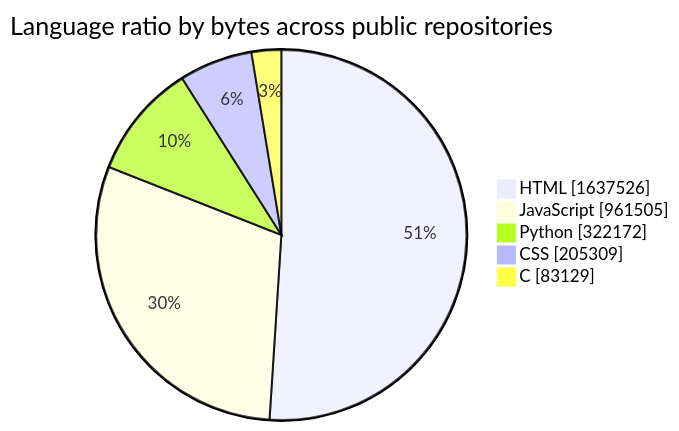
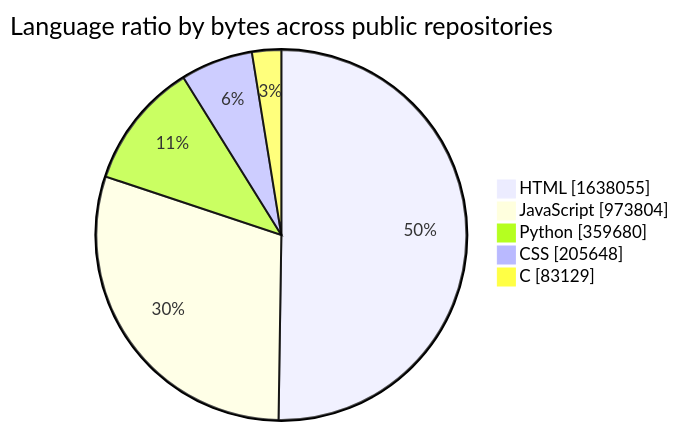
One commit to tchinso/tchinso changed the first of 2 diagrams in README.md. Above: the diagram before and after it, drawn with Mermaid. The commit also changed other lines of this file, not shown here.

````diff
--- a/README.md
+++ b/README.md
@@ -24,9 +24,9 @@
 ```mermaid
 pie showData
     title Language ratio by bytes across public repositories
-    "HTML" : 1637526
-    "JavaScript" : 961505
-    "Python" : 322172
-    "CSS" : 205309
+    "HTML" : 1638055
+    "JavaScript" : 973804
+    "Python" : 359680
+    "CSS" : 205648
     "C" : 83129
 ```
````
